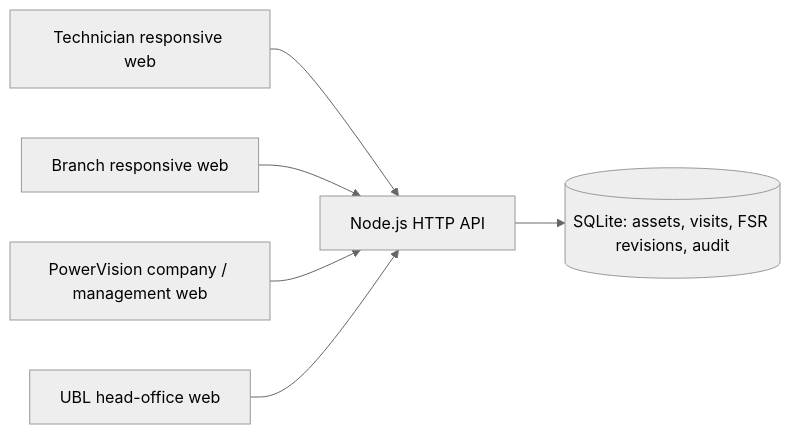
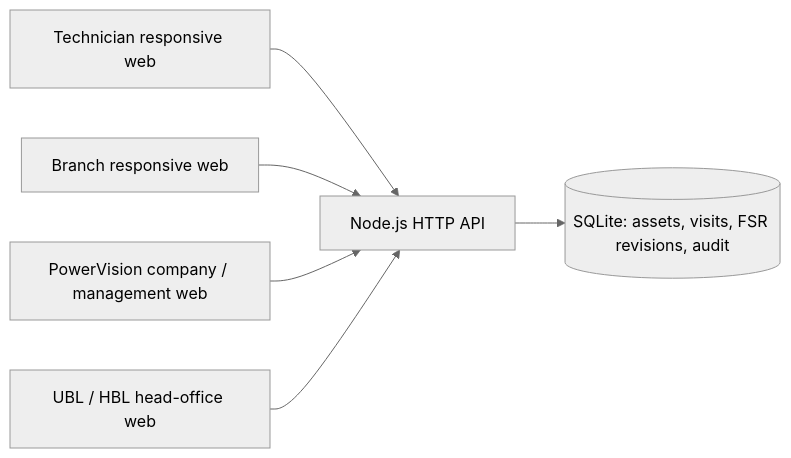
Before and after one commit to millitatechsolutions/AMC-APP: the first of 2 diagrams in docs/architecture.md, drawn with Mermaid (neutral theme). The commit also changed other lines of this file and 36 other files, not shown here.

````diff
--- a/docs/architecture.md
+++ b/docs/architecture.md
@@ -5,8 +5,8 @@
 ```mermaid
 flowchart LR
   T[Technician responsive web] --> A[Node.js HTTP API]
   B[Branch responsive web] --> A
   H[PowerVision company / management web] --> A
-  C[UBL head-office web] --> A
+  C[UBL / HBL head-office web] --> A
   A --> D[(SQLite: assets, visits, FSR revisions, audit)]
 ```
````
